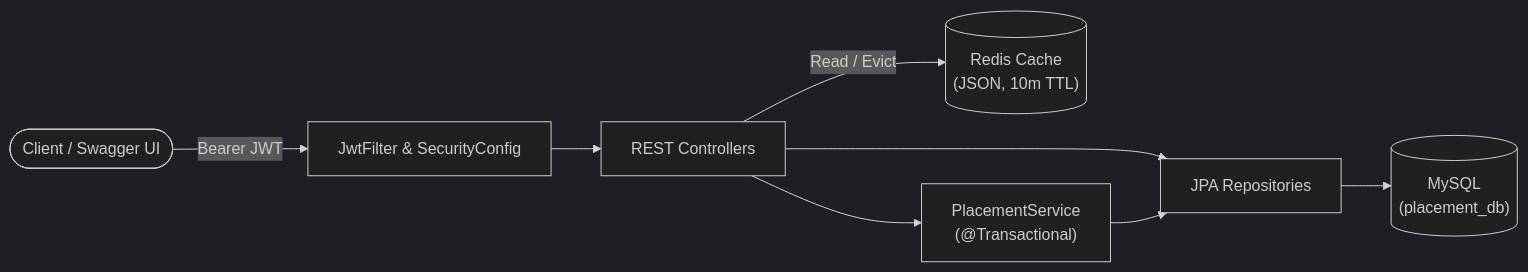
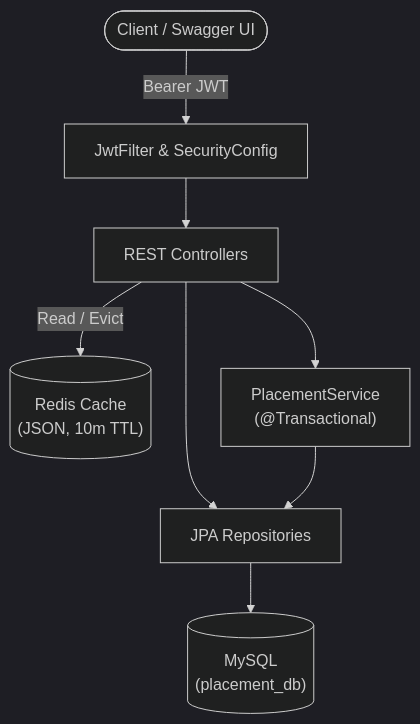
The first of 2 diagrams in README.md (vivekwaldia/placement-backend), drawn with Mermaid (dark theme) before and after one commit. The commit also changed other lines of this file, not shown here.

````diff
--- a/README.md
+++ b/README.md
@@ -21,10 +21,10 @@
 ```mermaid
-flowchart LR
+flowchart TD
     Client(["Client / Swagger UI"]) -->|"Bearer JWT"| Security["JwtFilter & SecurityConfig"]
     Security --> Controllers["REST Controllers"]
     Controllers -->|"Read / Evict"| Redis[("Redis Cache\n(JSON, 10m TTL)")]
     Controllers --> Service["PlacementService\n(@Transactional)"]
     Controllers --> Repos["JPA Repositories"]
     Service --> Repos
     Repos --> MySQL[("MySQL\n(placement_db)")]
 ```
````
